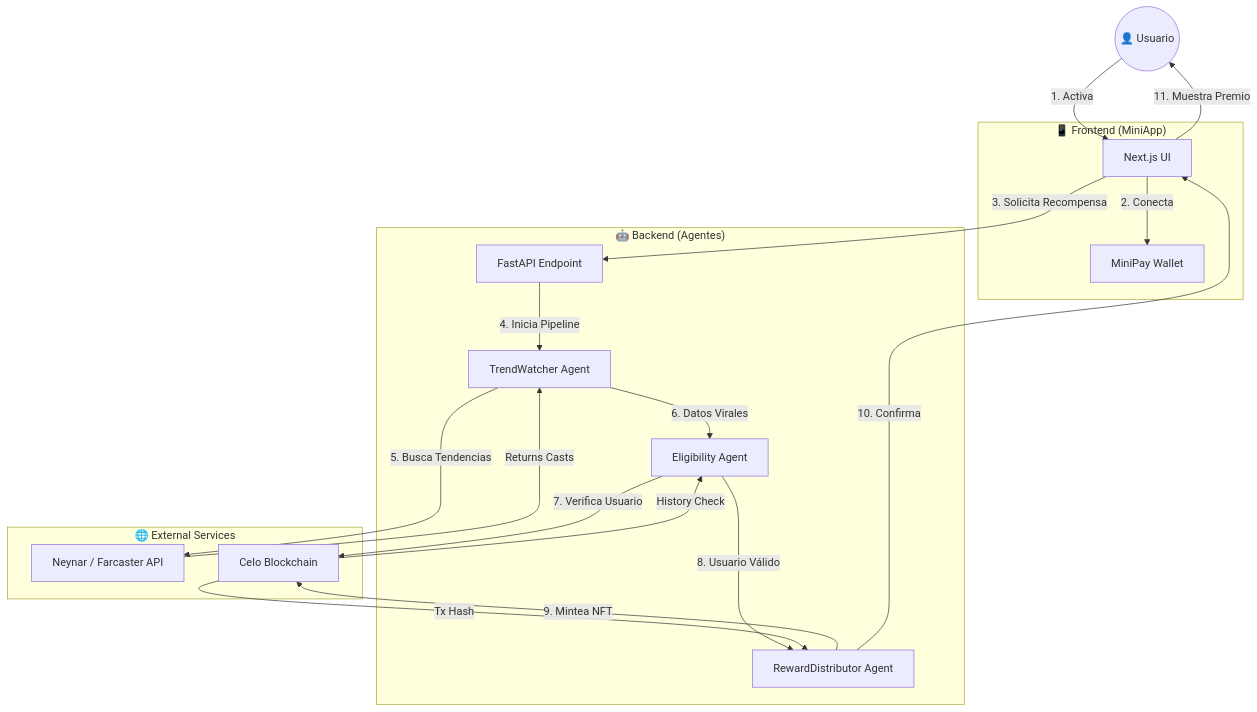
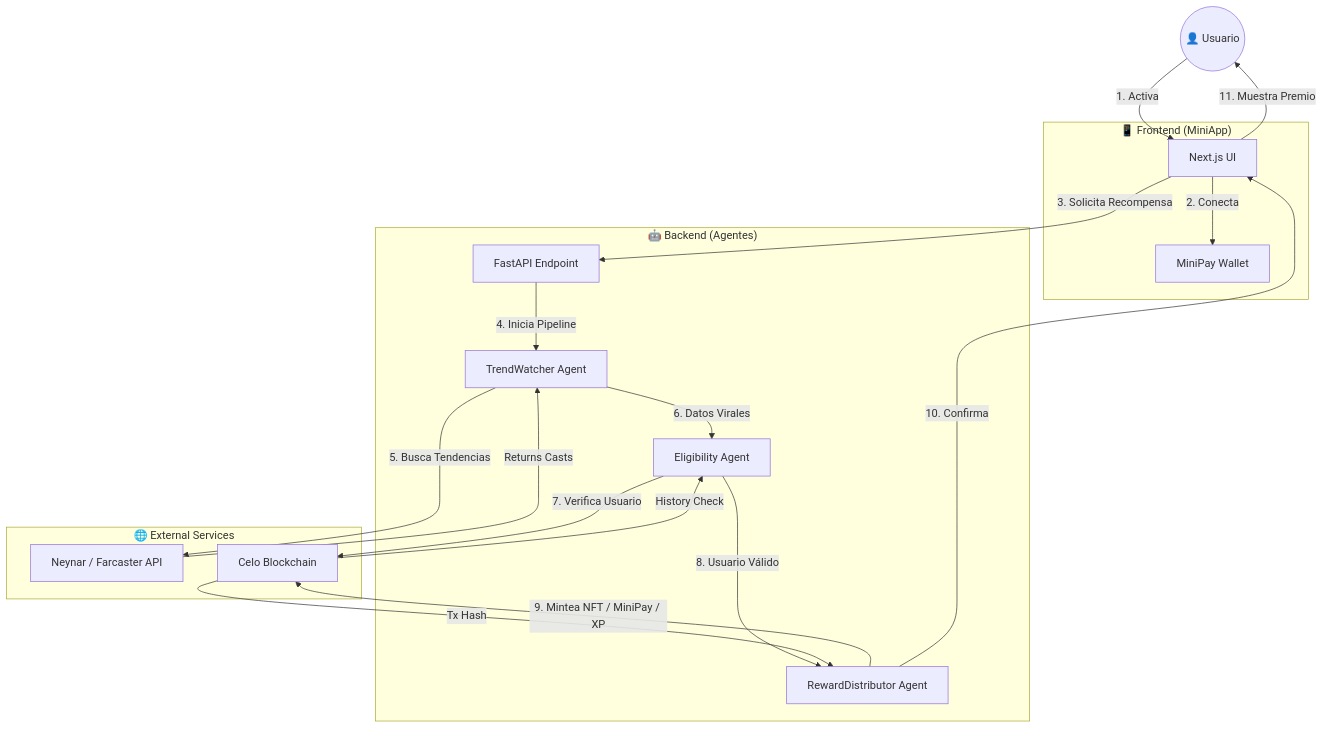
Before and after one commit to MarxMad/CeloBuild-: the first of 2 diagrams in README.md, drawn with Mermaid. The commit also changed other lines of this file and 41 other files, not shown here.

````diff
--- a/README.md
+++ b/README.md
@@ -44,39 +45,39 @@
 ```mermaid
 graph TD
     User((👤 Usuario))
     subgraph "📱 Frontend (MiniApp)"
         UI[Next.js UI]
         Wallet[MiniPay Wallet]
     end
     
     subgraph "🤖 Backend (Agentes)"
         API[FastAPI Endpoint]
         Trend[TrendWatcher Agent]
         Elig[Eligibility Agent]
         Dist[RewardDistributor Agent]
     end
     
     subgraph "🌐 External Services"
         Neynar[Neynar / Farcaster API]
         Celo[Celo Blockchain]
     end
 
     User -->|1. Activa| UI
     UI -->|2. Conecta| Wallet
     UI -->|3. Solicita Recompensa| API
     
     API -->|4. Inicia Pipeline| Trend
     Trend -->|5. Busca Tendencias| Neynar
     Neynar -- Returns Casts --> Trend
     
     Trend -->|6. Datos Virales| Elig
     Elig -->|7. Verifica Usuario| Celo
     Celo -- History Check --> Elig
     
     Elig -->|8. Usuario Válido| Dist
-    Dist -->|9. Mintea NFT| Celo
+    Dist -->|9. Mintea NFT / MiniPay / XP| Celo
     Celo -- Tx Hash --> Dist
     
     Dist -->|10. Confirma| UI
     UI -->|11. Muestra Premio| User
 ```
````
